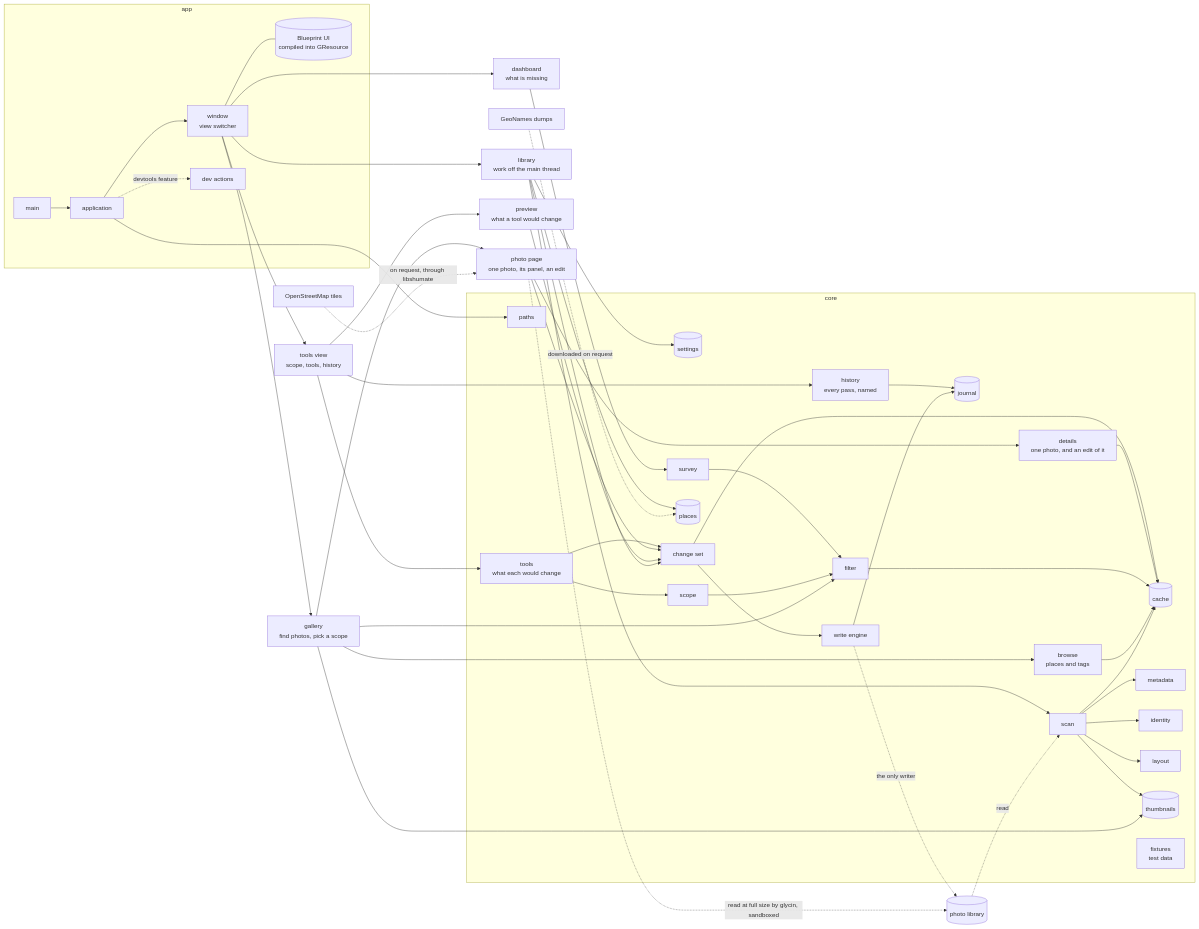
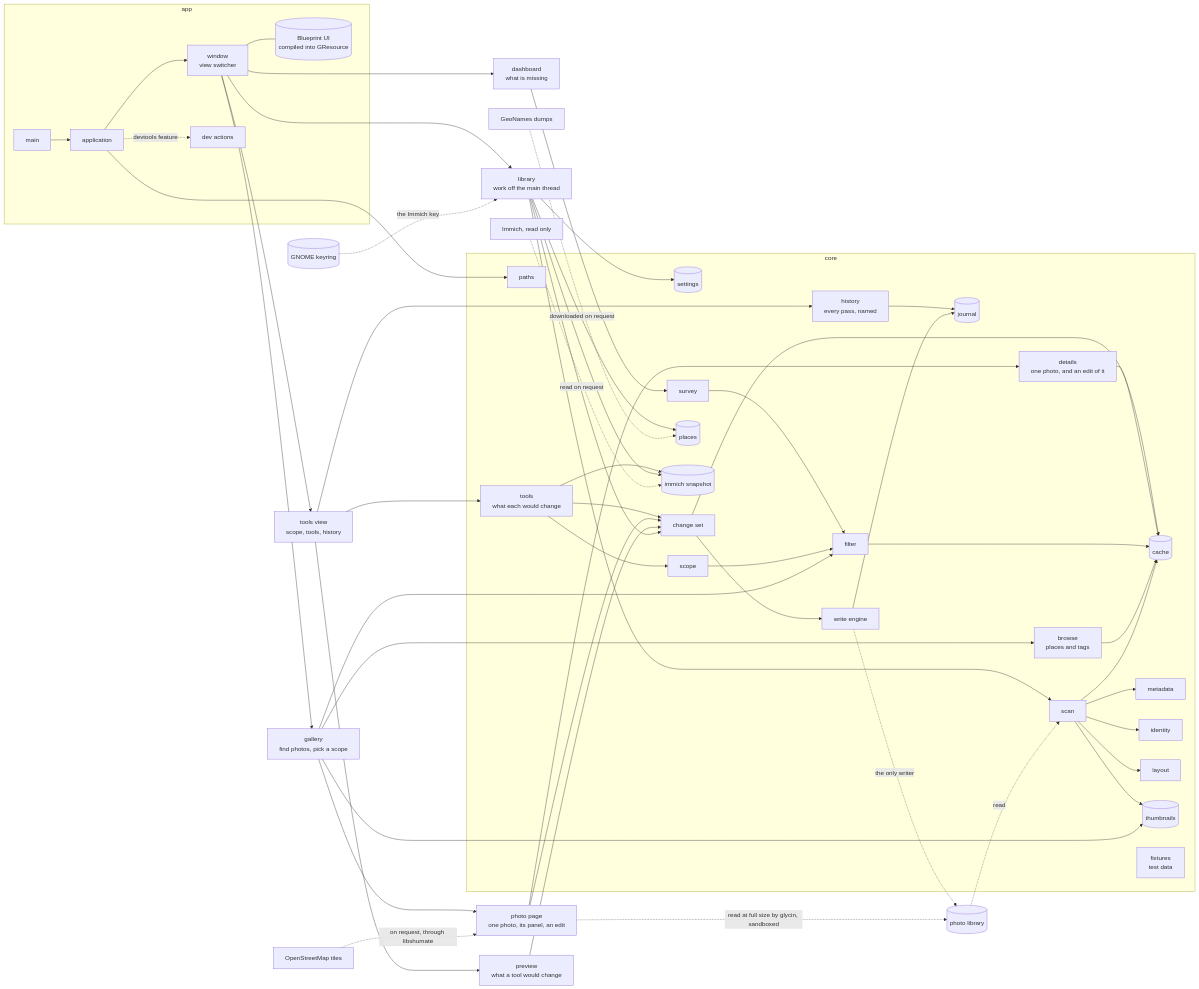
Before and after one commit to xuedi/photoManager: the diagram in docs/overview.md, drawn with Mermaid. The commit also changed other lines of this file and 5 other files, not shown here.

Commit message:
try the people from immich headless, with a fake immich to look at, and never wait long for a keyring

````diff
--- a/docs/overview.md
+++ b/docs/overview.md
@@ -5,55 +5,60 @@
 ```mermaid
 flowchart LR
     subgraph app [app]
         main[main] --> application
         application --> window[window<br/>view switcher]
         application -. devtools feature .-> devtools[dev actions]
         window --- blueprint[(Blueprint UI<br/>compiled into GResource)]
     end
     subgraph core [core]
         paths
         settings[(settings)]
         tools[tools<br/>what each would change] --> changeset
         tools --> scope
         history[history<br/>every pass, named] --> journal
         changeset[change set] --> cache
         details[details<br/>one photo, and an edit of it] --> cache
         survey --> filter --> cache
         browse[browse<br/>places and tags] --> cache
         scope --> filter
         changeset --> write
         scan --> cache[(cache)]
         scan --> metadata
         scan --> identity
         scan --> layout
         scan --> thumbs[(thumbnails)]
         geo[(places)]
+        immich[(immich snapshot)]
+        tools --> immich
         write[write engine] --> journal[(journal)]
         fixtures[fixtures<br/>test data]
     end
     application --> paths
     window --> dashboard[dashboard<br/>what is missing]
     dashboard --> survey
     window --> gallery[gallery<br/>find photos, pick a scope]
     gallery --> filter
     gallery --> browse
     gallery --> thumbs
     gallery --> photo[photo page<br/>one photo, its panel, an edit]
     photo --> details
     photo --> changeset
     photo -. read at full size by glycin, sandboxed .-> photos
     window --> toolsview[tools view<br/>scope, tools, history]
     toolsview --> tools
     toolsview --> history
     toolsview --> preview[preview<br/>what a tool would change]
     window --> library[library<br/>work off the main thread]
     preview --> changeset
     library --> scan
     library --> geo
+    library --> immich
     library --> changeset
     library --> settings
     photos[(photo library)] -. read .-> scan
     write -. the only writer .-> photos
     geonames[GeoNames dumps] -. downloaded on request .-> geo
+    immichapi[Immich, read only] -. read on request .-> immich
+    keyring[(GNOME keyring)] -. the Immich key .-> library
     osm[OpenStreetMap tiles] -. on request, through libshumate .-> photo
 ```
````
